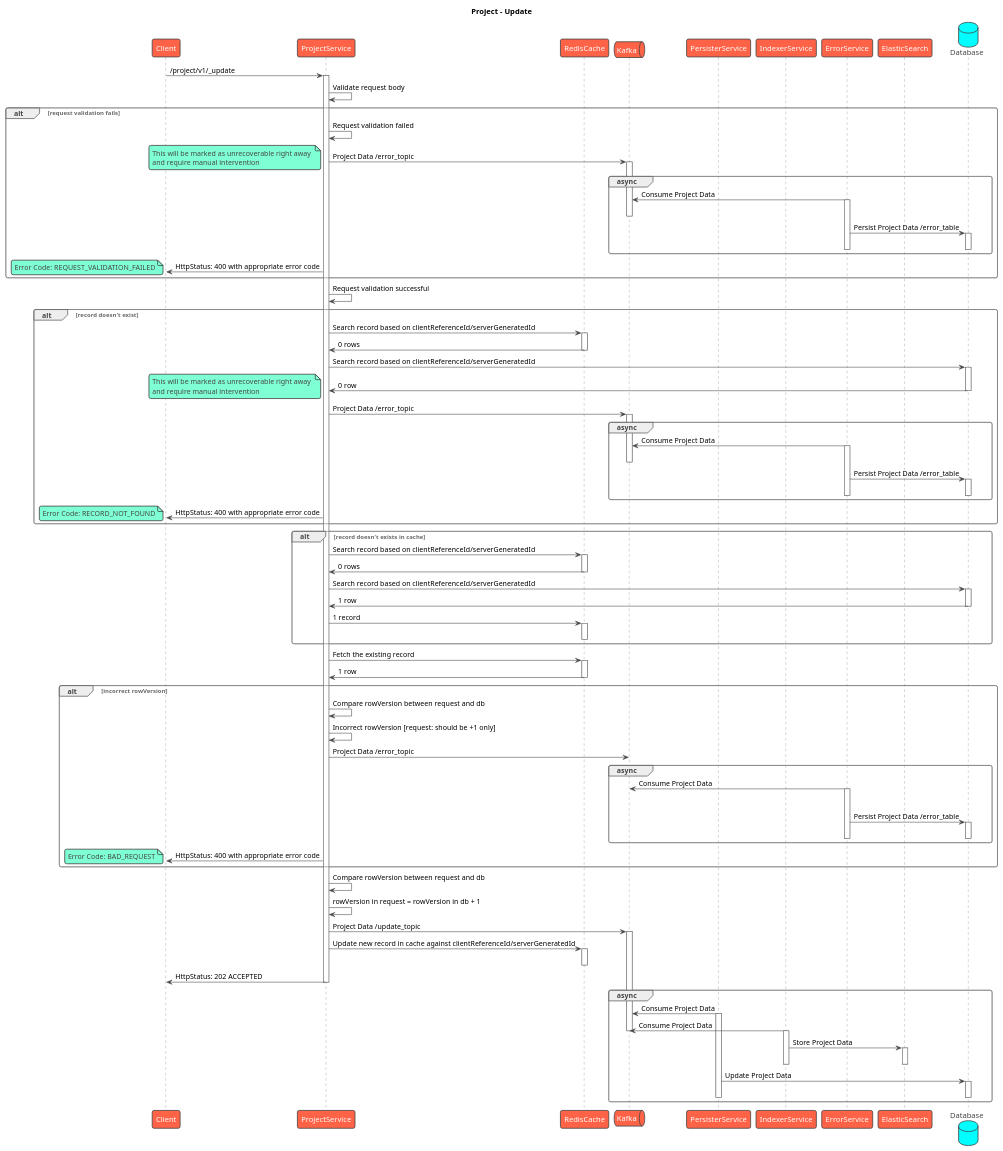
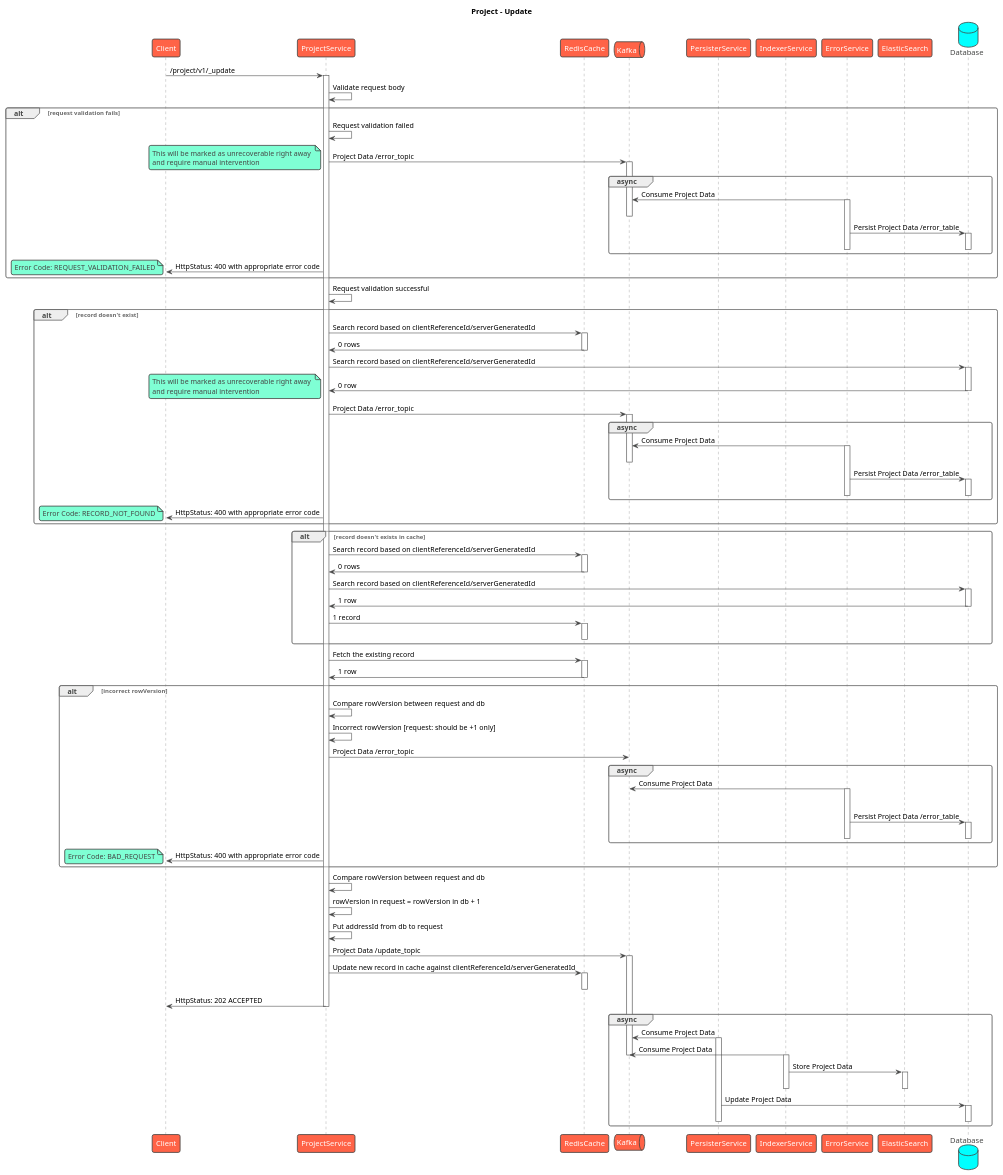
One commit to egovernments/health-api-specs changed the diagram in contracts/project/sequence/update.puml. Above: the diagram before and after it, drawn with PlantUML. The commit also changed 1 other file, not shown here.

Commit message:
Sequence: Updated flows for project create and update

```diff
--- a/contracts/project/sequence/update.puml
+++ b/contracts/project/sequence/update.puml
@@ -1,127 +1,128 @@
 @startuml
 title Project - Update
 !theme vibrant
 participant Client as c
 participant ProjectService as s
 participant RedisCache as rc
 queue Kafka as k
 participant PersisterService as prs
 participant IndexerService as idx
 participant ErrorService as es
 participant ElasticSearch as el
 database Database as db
 c -> s : /project/v1/_update
 activate s
 s -> s: Validate request body
 alt request validation fails
     s -> s: Request validation failed
     s -> k: Project Data /error_topic
     note left
         This will be marked as unrecoverable right away 
         and require manual intervention
     end note
     activate k
     group async
         es -> k: Consume Project Data
         activate es
         deactivate k
         es -> db: Persist Project Data /error_table
         activate db
         deactivate db
         deactivate es
     end
     s -> c: HttpStatus: 400 with appropriate error code
     note left
         Error Code: REQUEST_VALIDATION_FAILED
     end note
 end
 s -> s: Request validation successful
 alt record doesn't exist
     s -> rc: Search record based on clientReferenceId/serverGeneratedId
     activate rc
     rc -> s: 0 rows
     deactivate rc
     s -> db: Search record based on clientReferenceId/serverGeneratedId
     activate db
     db -> s: 0 row
     deactivate db
     note left
         This will be marked as unrecoverable right away 
         and require manual intervention
     end note
     s -> k: Project Data /error_topic
     activate k
     group async
         es -> k: Consume Project Data
         activate es
         deactivate k
         es -> db: Persist Project Data /error_table
         activate db
         deactivate db
         deactivate es
     end
     s -> c: HttpStatus: 400 with appropriate error code
     note left
       Error Code: RECORD_NOT_FOUND
     end note
 end
 alt record doesn't exists in cache
     s -> rc: Search record based on clientReferenceId/serverGeneratedId
     activate rc
     rc -> s: 0 rows
     deactivate rc
     s -> db: Search record based on clientReferenceId/serverGeneratedId
     activate db
     db -> s: 1 row
     deactivate db
     s -> rc: 1 record
     activate rc
     deactivate rc
 end
 s -> rc: Fetch the existing record
 activate rc
 rc -> s: 1 row
 deactivate rc
 alt incorrect rowVersion
     s -> s: Compare rowVersion between request and db
     s -> s: Incorrect rowVersion [request: should be +1 only]
     s -> k: Project Data /error_topic
     group async
         es -> k: Consume Project Data
         activate es
         deactivate k
         es -> db: Persist Project Data /error_table
         activate db
         deactivate db
         deactivate es
     end
     s -> c: HttpStatus: 400 with appropriate error code
     note left
       Error Code: BAD_REQUEST
     end note
 end
 s -> s: Compare rowVersion between request and db
 s -> s: rowVersion in request = rowVersion in db + 1
+s -> s: Put addressId from db to request
 s -> k: Project Data /update_topic
 activate k
 s -> rc: Update new record in cache against clientReferenceId/serverGeneratedId
 activate rc
 deactivate rc
 s -> c: HttpStatus: 202 ACCEPTED
 deactivate s
 group async
     prs -> k: Consume Project Data
     activate prs
     idx -> k: Consume Project Data
     deactivate k
     activate idx
     idx -> el: Store Project Data
     activate el
     deactivate el
     deactivate idx
     prs -> db: Update Project Data
     activate db
     deactivate db
     deactivate prs
 end
 @enduml
```
